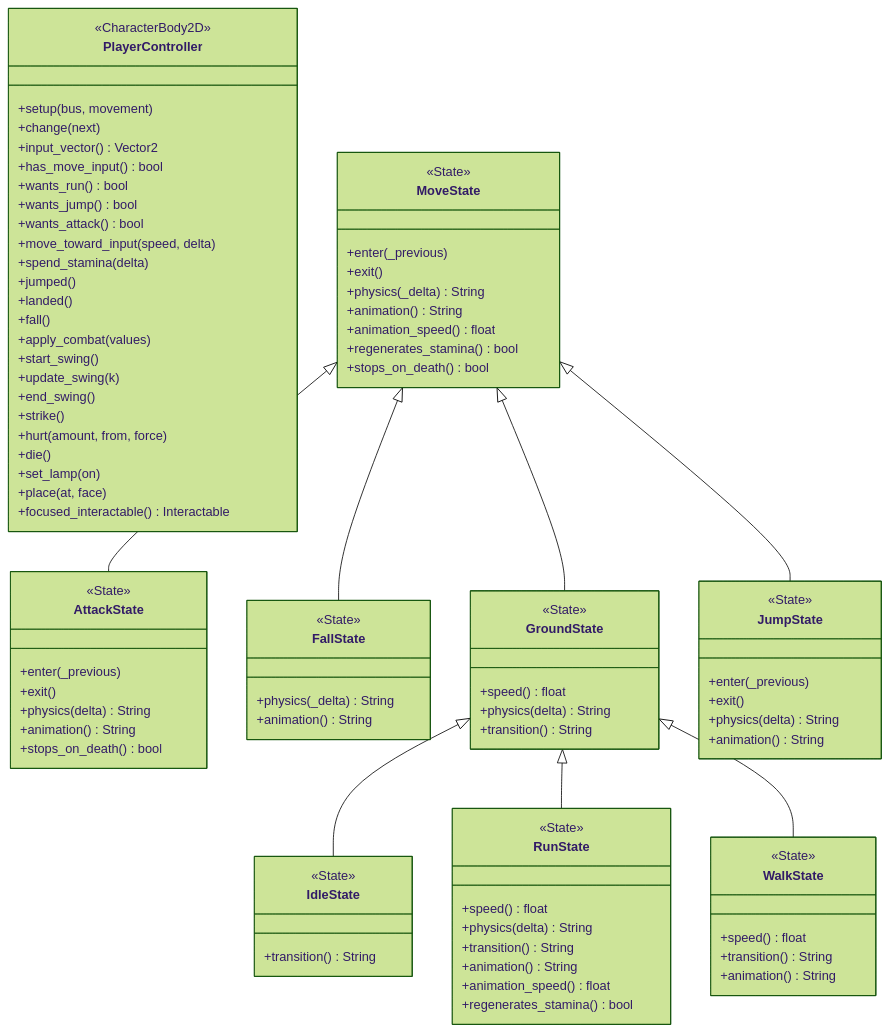
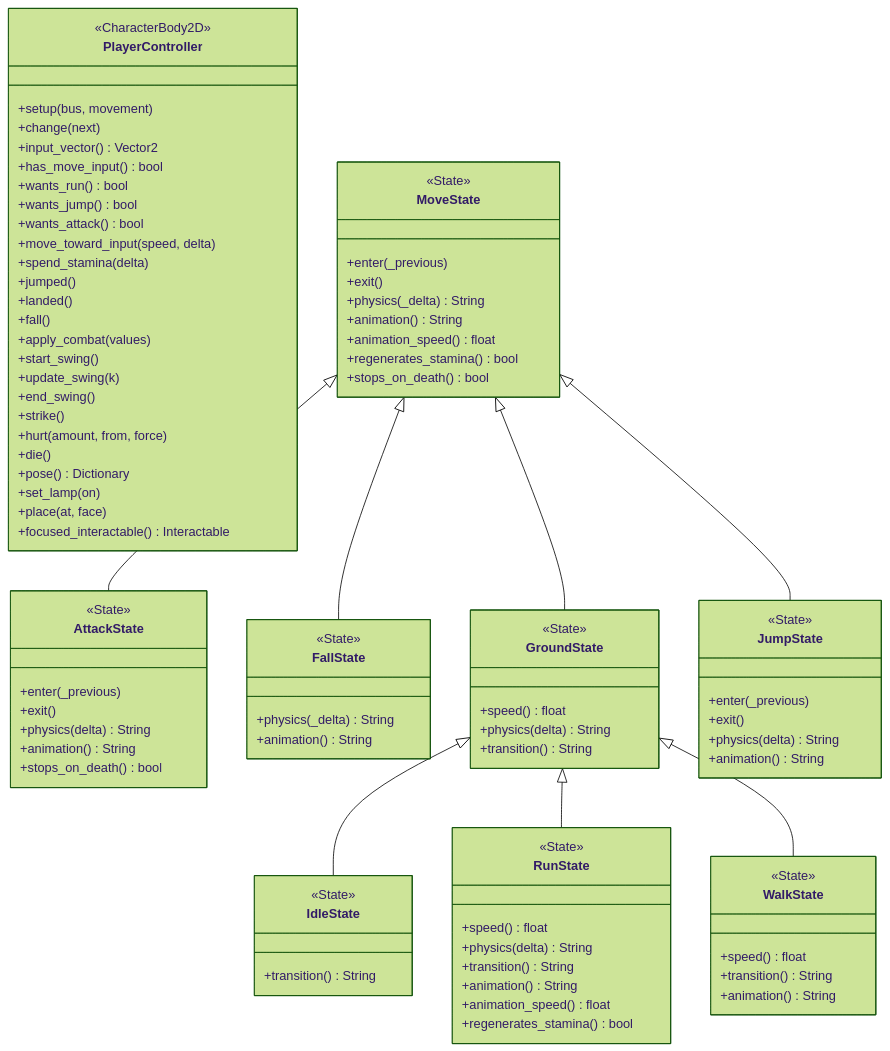
One commit to soyjuza/aritma changed the third of 14 diagrams in docs/UML_COMPLETO.md. Above: the diagram before and after it, drawn with Mermaid (forest theme). The commit also changed other lines of this file and 46 other files, not shown here.

```diff
--- a/docs/UML_COMPLETO.md
+++ b/docs/UML_COMPLETO.md
@@ -154,6 +168,7 @@
         +strike()
         +hurt(amount, from, force)
         +die()
+        +pose() Dictionary
         +set_lamp(on)
         +place(at, face)
         +focused_interactable() Interactable
```
